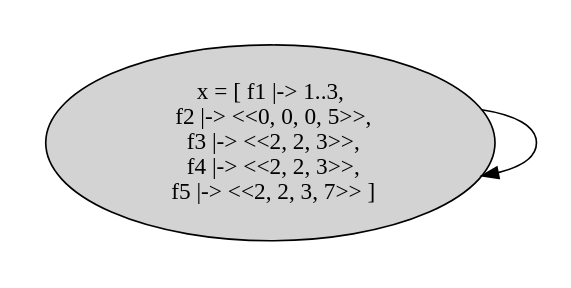
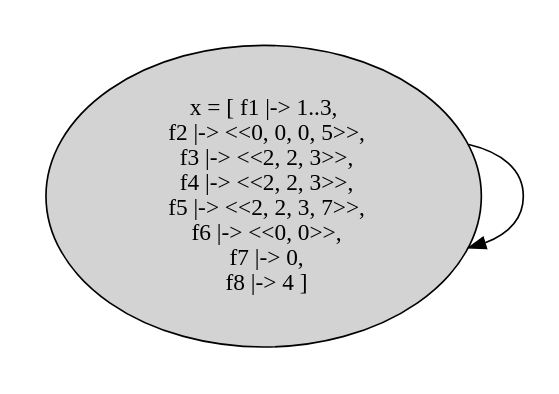
One commit to will62794/tla-web changed the diagram in specs/with_state_graphs/simple_fcn_polymorphism.tla.dot. Above: the diagram before and after it, drawn with Graphviz. The commit also changed 3 other files, not shown here.

Commit message:
Allow other sequence operators to handle varying value forms

```diff
--- a/specs/with_state_graphs/simple_fcn_polymorphism.tla.dot
+++ b/specs/with_state_graphs/simple_fcn_polymorphism.tla.dot
@@ -1,9 +1,9 @@
 strict digraph DiskGraph {
 nodesep=0.35;
 subgraph cluster_graph {
 color="white";
--5242186285679851988 [label="x = [ f1 |-> 1..3,\n  f2 |-> <<0, 0, 0, 5>>,\n  f3 |-> <<2, 2, 3>>,\n  f4 |-> <<2, 2, 3>>,\n  f5 |-> <<2, 2, 3, 7>> ]",style = filled]
--5242186285679851988 -> -5242186285679851988 [label="",color="black",fontcolor="black"];
-{rank = same; -5242186285679851988;}
+8770148051314108108 [label="x = [ f1 |-> 1..3,\n  f2 |-> <<0, 0, 0, 5>>,\n  f3 |-> <<2, 2, 3>>,\n  f4 |-> <<2, 2, 3>>,\n  f5 |-> <<2, 2, 3, 7>>,\n  f6 |-> <<0, 0>>,\n  f7 |-> 0,\n  f8 |-> 4 ]",style = filled]
+8770148051314108108 -> 8770148051314108108 [label="",color="black",fontcolor="black"];
+{rank = same; 8770148051314108108;}
 }
 }
```
